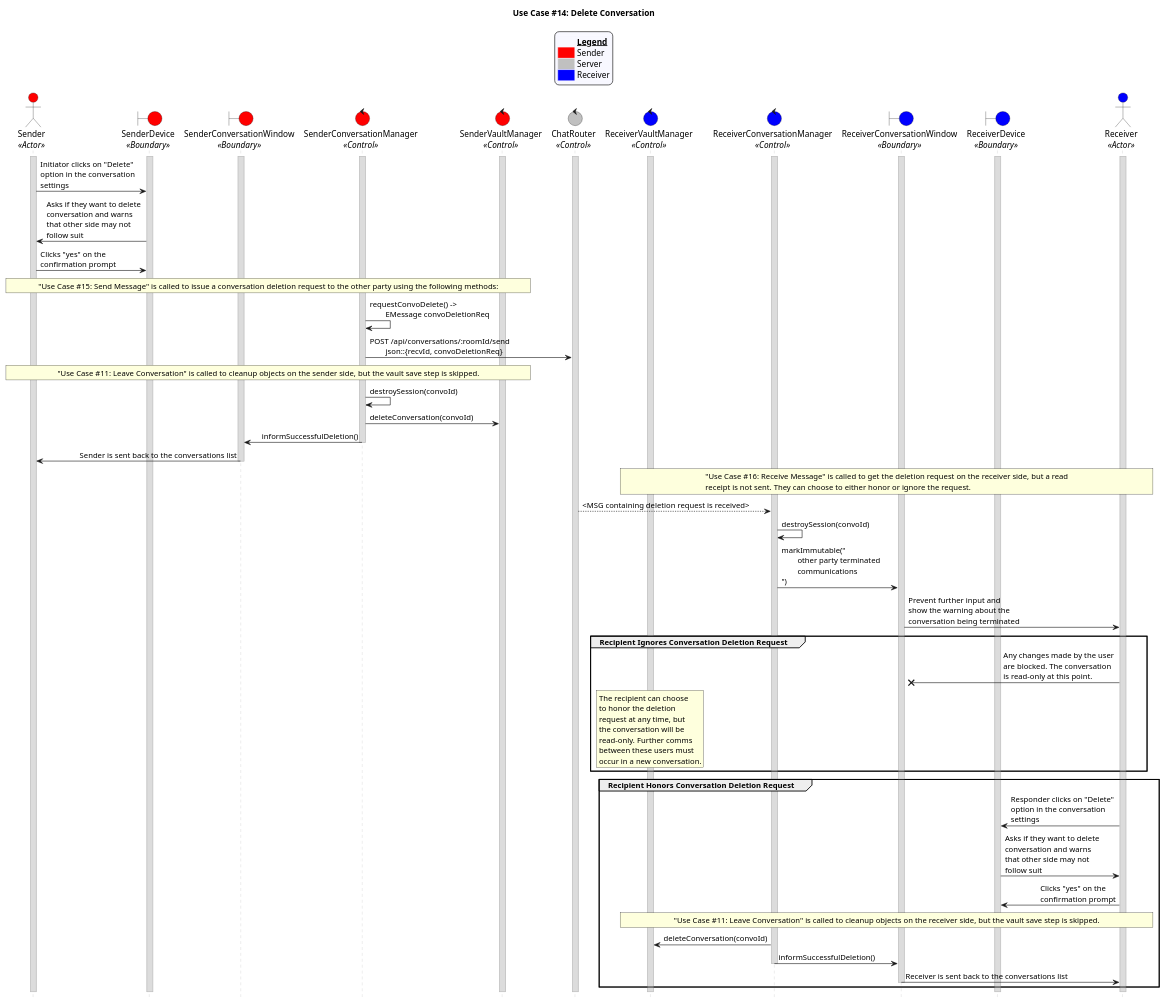
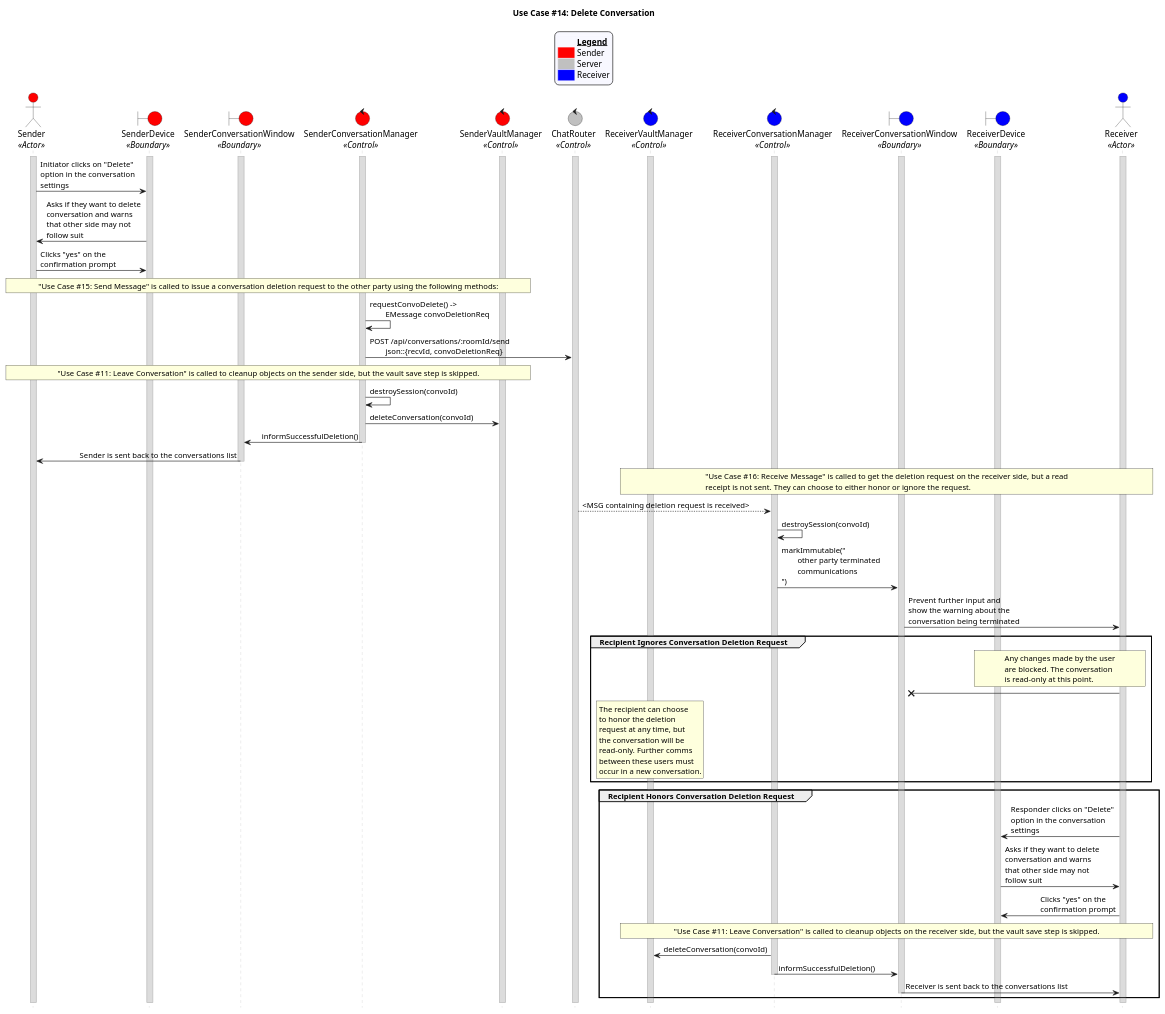
The diagram in uc_14.puml (CECS-491-SP24-Group-1/seq-diagrams), drawn with PlantUML before and after one commit.

Commit message:
change arrow text to a note

```diff
--- a/uc_14.puml
+++ b/uc_14.puml
@@ -2,138 +2,143 @@
 @startuml uc14
 title "Use Case #14: Delete Conversation"
 
 'Styling goes here
 hide footbox
 skinparam stereotypePosition bottom
 skinparam sequenceMessageAlign direction
 skinparam sequence {
 	LifeLineBorderColor #Silver
 	LifeLineBackgroundColor #Gainsboro
 }
 
 'Add a legend plus styling
 skinparam legend {
 	backgroundColor #GhostWhite
 	entrySeparator #GhostWhite
 }
 
 legend top
 	<#GhostWhite,#GhostWhite>|	|= __Legend__ |
 	|<#red> | Sender|
 	|<#silver> | Server|
 	|<#blue> | Receiver|
 endlegend
 
 'Setup the objects involved here
 actor Sender as s <<Actor>> #red
 boundary SenderDevice as sd <<Boundary>> #red
 boundary SenderConversationWindow as scw <<Boundary>> #red
 control SenderConversationManager as scm <<Control>> #red
 control SenderVaultManager as svm <<Control>> #red
 control ChatRouter as cr <<Control>> #silver
 control ReceiverVaultManager as rvm <<Control>> #blue
 control ReceiverConversationManager as rcm <<Control>> #blue
 boundary ReceiverConversationWindow as rcw <<Boundary>> #blue
 boundary ReceiverDevice as rd <<Boundary>> #blue
 actor Receiver as r <<Actor>> #blue
 
 'Setup persistent objects here
 activate s
 activate sd
 activate scw
 activate scm
 activate svm
 activate cr
 activate rvm
 activate rcm
 activate rcw
 activate rd
 activate r
 
 '--- FLOW OF CONTROL STARTS HERE ---
 'The user clicks on the options button for the chat room and selects “Delete”. This is the initiating party.
 s -> sd: Initiator clicks on "Delete" \noption in the conversation \nsettings
 
 'The user’s device asks the user if they want to delete the chat. The user will be warned that the chat room on the other side may not be immediately deleted once this is done
 sd -> s: Asks if they want to delete \nconversation and warns \nthat other side may not \nfollow suit
 
 'The user clicks “Yes” on the confirmation prompt asking them to delete the chat.
 s -> sd: Clicks "yes" on the \nconfirmation prompt
 
 'The user’s device creates a deletion request for the other user and calls Use Case 15: Send Chat to pass the request to the other party.
 rnote over s, svm
 	"Use Case #15: Send Message" is called to issue a conversation deletion request to the other party using the following methods:
 endrnote
 scm -> scm: requestConvoDelete() -> \n\tEMessage convoDeletionReq
 scm -> cr: POST /api/conversations/:roomId/send \n\tjson::{recvId, convoDeletionReq}
 
 'User is brought back to the chats list and the chat is removed from the list.
 rnote over s, svm
 	"Use Case #11: Leave Conversation" is called to cleanup objects on the sender side, but the vault save step is skipped.
 endrnote
 
 'The initiating user’s device nullifies the double ratchet, session keypair, and the session is marked as closed. The session is then purged from their vault.
 scm -> scm: destroySession(convoId)
 scm -> svm: deleteConversation(convoId)
 scm -> scw: informSuccessfulDeletion()
 deactivate scm
 scw -> s: Sender is sent back to the conversations list
 deactivate scw
 
 '===================== receiver's turn to act
 
 'The responding user receives the chat via Use Case 16: Receive Chat and detects the close request.
 rnote over r, rvm
 	"Use Case #16: Receive Message" is called to get the deletion request on the receiver side, but a read
 	receipt is not sent. They can choose to either honor or ignore the request.
 endrnote
 cr --> rcm: <MSG containing deletion request is received>
 
 'The responding user nullifies the double ratchet, session keypair, and the session is marked as closed.
 rcm -> rcm: destroySession(convoId)
 
 'The responding user’s chat has a message informing them that the initiating user terminated the chat session and sending of messages is disallowed.
 rcm -> rcw: markImmutable("\n\tother party terminated \n\tcommunications\n")
 rcw -> r: Prevent further input and \nshow the warning about the \nconversation being terminated
 
 'Recipient can choose to honor the request or ignore it
 'Case 1: The request is ignored
 group Recipient Ignores Conversation Deletion Request
-	r ->X rcw: Any changes made by the user \nare blocked. The conversation \nis read-only at this point.
+	rnote over r, rd
+		Any changes made by the user
+		are blocked. The conversation
+		is read-only at this point.
+	endnote
+	r ->X rcw
 	rnote over rvm
 		The recipient can choose
 		to honor the deletion
 		request at any time, but
 		the conversation will be 
 		read-only. Further comms 
 		between these users must
 		occur in a new conversation.
 	endrnote
 end
 
 'Case 2: The request is honored
 group Recipient Honors Conversation Deletion Request
 	'The user clicks on the options button for the chat room and selects “Delete”. This is the responding party.
 	r -> rd: Responder clicks on "Delete" \noption in the conversation \nsettings
 
 	'The user’s device asks the user if they want to delete the chat. The user will be warned that the chat room on the other side may not be immediately deleted once this is done
 	rd -> r: Asks if they want to delete \nconversation and warns \nthat other side may not \nfollow suit
 
 	'The user clicks “Yes” on the confirmation prompt asking them to delete the chat.
 	r -> rd: Clicks "yes" on the \nconfirmation prompt
 
 	'User is brought back to the chats list and the chat is removed from the list.
 	rnote over r, rvm
 		"Use Case #11: Leave Conversation" is called to cleanup objects on the receiver side, but the vault save step is skipped.
 	endrnote
 
 	'The responding user’s device nullifies the double ratchet, session keypair, and the session is marked as closed. The session is then purged from their vault.
 	rcm -> rvm: deleteConversation(convoId)
 	rcm -> rcw: informSuccessfulDeletion()
 	deactivate rcm
 	rcw -> r: Receiver is sent back to the conversations list
 	deactivate rcw
 end
 '--- FLOW OF CONTROL ENDS HERE   ---
 
 @enduml
```
